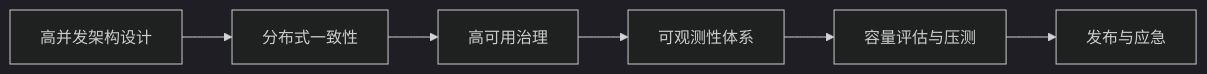
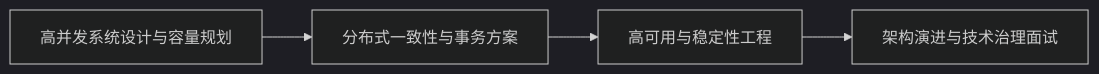
Before and after one commit to ZhcChen/Java-Summary: the diagram in docs/L3-高级/README.md, drawn with Mermaid (dark theme). The commit also changed other lines of this file and 26 other files, not shown here.

````diff
--- a/docs/L3-高级/README.md
+++ b/docs/L3-高级/README.md
@@ -10,8 +10,6 @@
 ```mermaid
 flowchart LR
-    A[高并发架构设计] --> B[分布式一致性]
-    B --> C[高可用治理]
-    C --> D[可观测性体系]
-    D --> E[容量评估与压测]
-    E --> F[发布与应急]
+    A[高并发系统设计与容量规划] --> B[分布式一致性与事务方案]
+    B --> C[高可用与稳定性工程]
+    C --> D[架构演进与技术治理面试]
 ```
````
